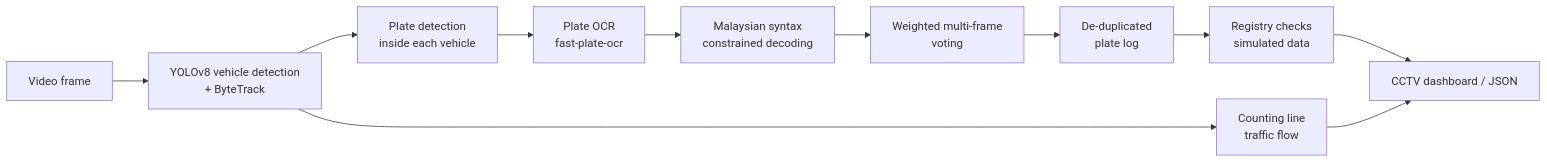
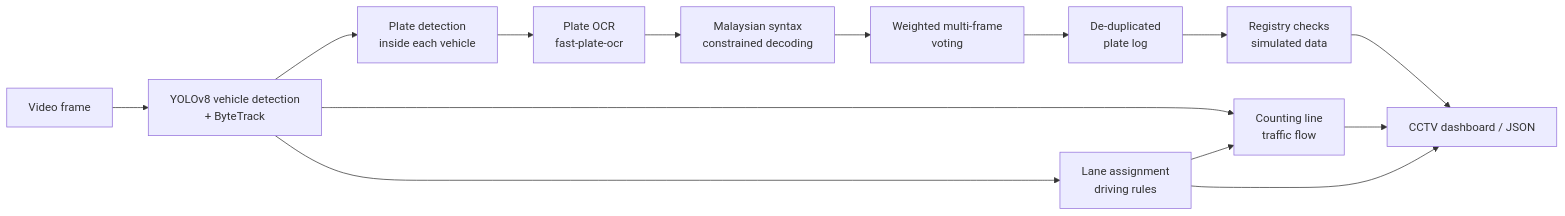
One commit to XIE-YIFEI/Software-Engineering-Group-project changed the second of 2 diagrams in ALPR_INTRODUCTION.md. Above: the diagram before and after it, drawn with Mermaid. The commit also changed other lines of this file and 20 other files, not shown here.

First line of the commit message:
ALPR: lane-level traffic flow and dangerous driving, English team guide

````diff
--- a/ALPR_INTRODUCTION.md
+++ b/ALPR_INTRODUCTION.md
@@ -309,13 +393,16 @@
 ```mermaid
 flowchart LR
     A[Video frame] --> B[YOLOv8 vehicle detection<br/>+ ByteTrack]
     B --> C[Plate detection<br/>inside each vehicle]
     C --> D[Plate OCR<br/>fast-plate-ocr]
     D --> E[Malaysian syntax<br/>constrained decoding]
     E --> F[Weighted multi-frame<br/>voting]
     F --> G[De-duplicated<br/>plate log]
     G --> R[Registry checks<br/>simulated data]
     B --> H[Counting line<br/>traffic flow]
+    B --> L[Lane assignment<br/>driving rules]
+    L --> H
     R --> I[CCTV dashboard / JSON]
     H --> I
+    L --> I
 ```
````
